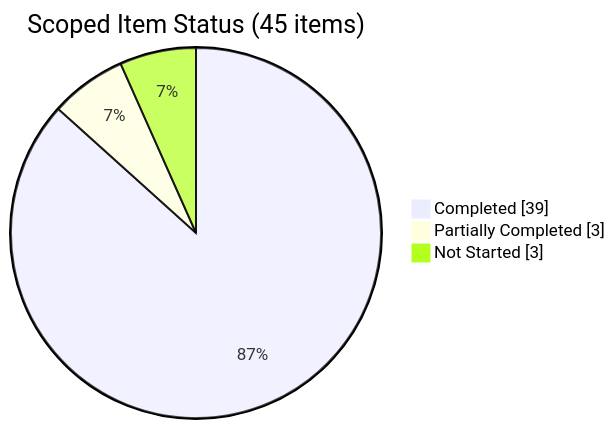
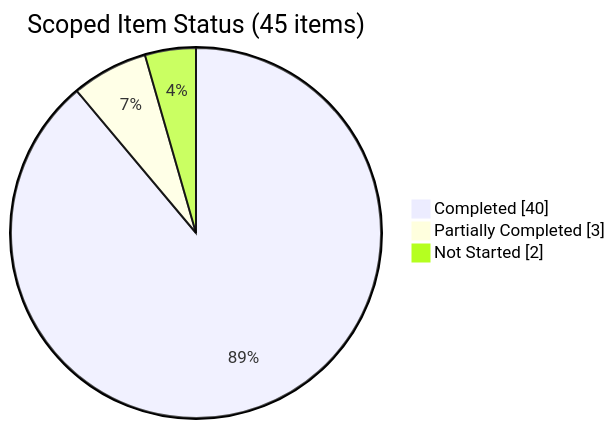
The fourth of 4 diagrams in blitzy/documentation/Project Guide.md (Blitzy-Multi/Artifact5), drawn with Mermaid before and after one commit. The commit also changed other lines of this file, not shown here.

````diff
--- a/blitzy/documentation/Project Guide.md
+++ b/blitzy/documentation/Project Guide.md
@@ -248,6 +250,6 @@
 ```mermaid
 pie showData title Scoped Item Status (45 items)
-    "Completed" : 39
+    "Completed" : 40
     "Partially Completed" : 3
-    "Not Started" : 3
+    "Not Started" : 2
 ```
````
